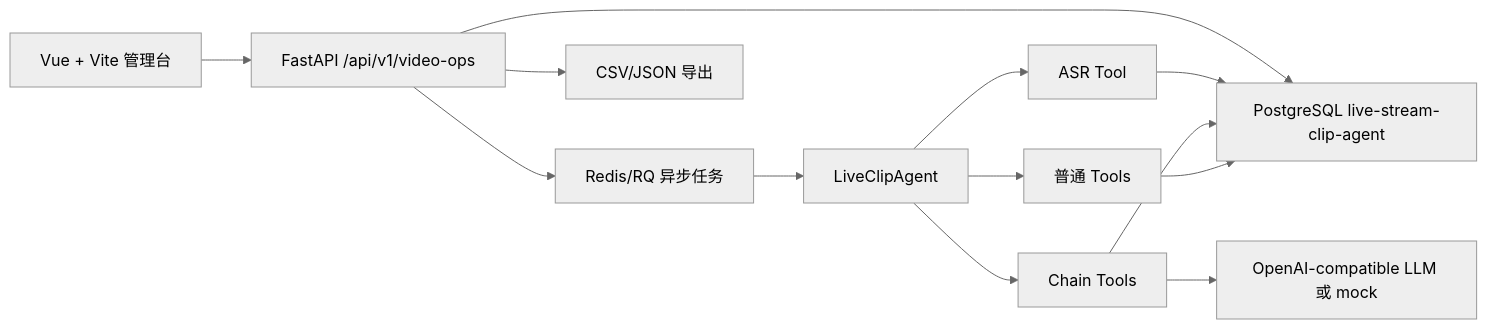
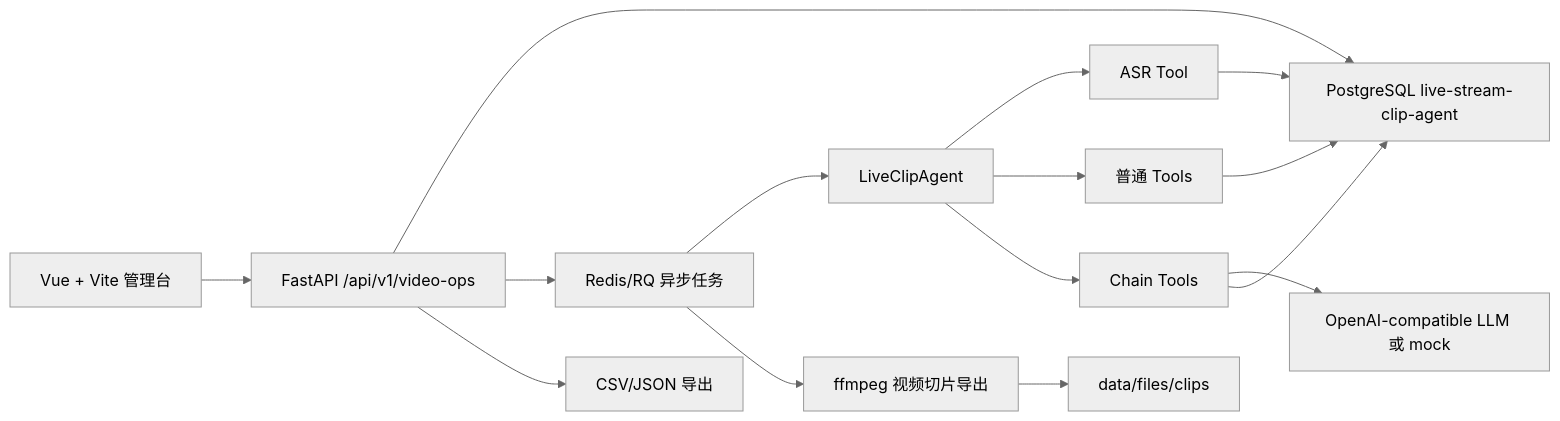
One commit to lhy4258/live-clip-agent changed the diagram in docs/technical-design.md. Above: the diagram before and after it, drawn with Mermaid (neutral theme). The commit also changed other lines of this file and 35 other files, not shown here.

````diff
--- a/docs/technical-design.md
+++ b/docs/technical-design.md
@@ -73,15 +73,17 @@
 ```mermaid
 flowchart LR
   UI["Vue + Vite 管理台"] --> API["FastAPI /api/v1/video-ops"]
   API --> DB["PostgreSQL live-stream-clip-agent"]
   API --> RQ["Redis/RQ 异步任务"]
   RQ --> Agent["LiveClipAgent"]
   Agent --> ASR["ASR Tool"]
   Agent --> Tools["普通 Tools"]
   Agent --> LC["Chain Tools"]
   ASR --> DB
   LC --> LLM["OpenAI-compatible LLM 或 mock"]
   LC --> DB
   Tools --> DB
   API --> Export["CSV/JSON 导出"]
+  RQ --> FFmpeg["ffmpeg 视频切片导出"]
+  FFmpeg --> Storage["data/files/clips"]
 ```
````
